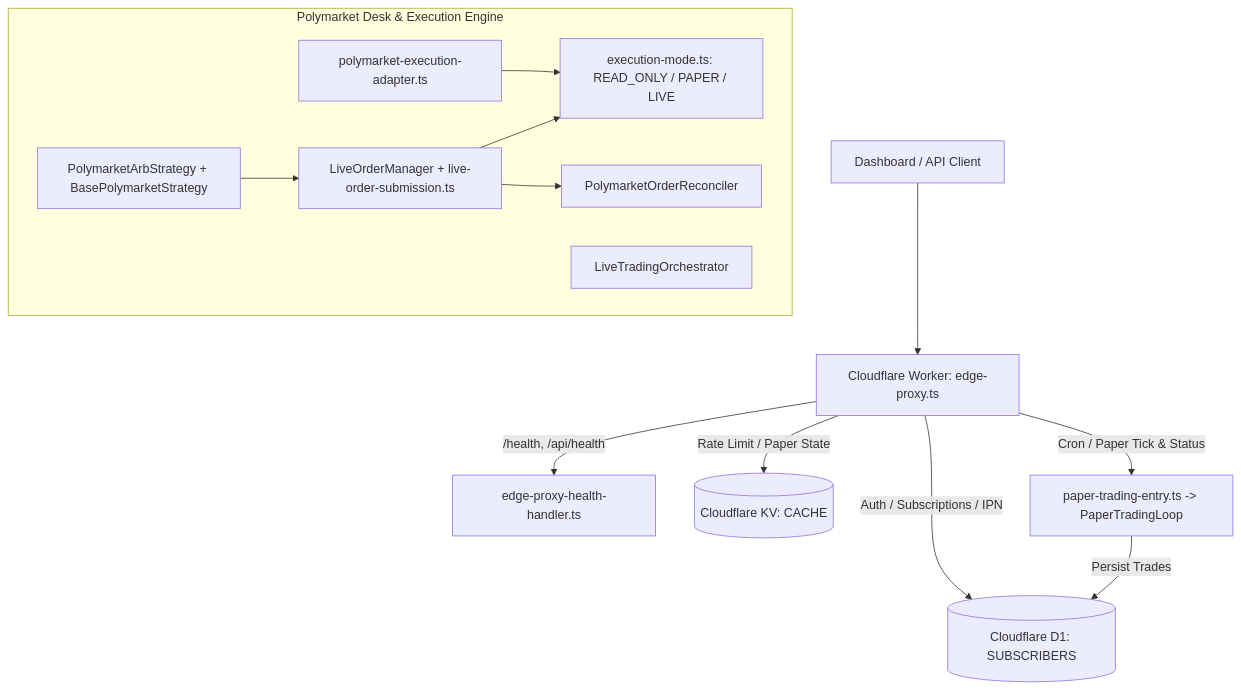
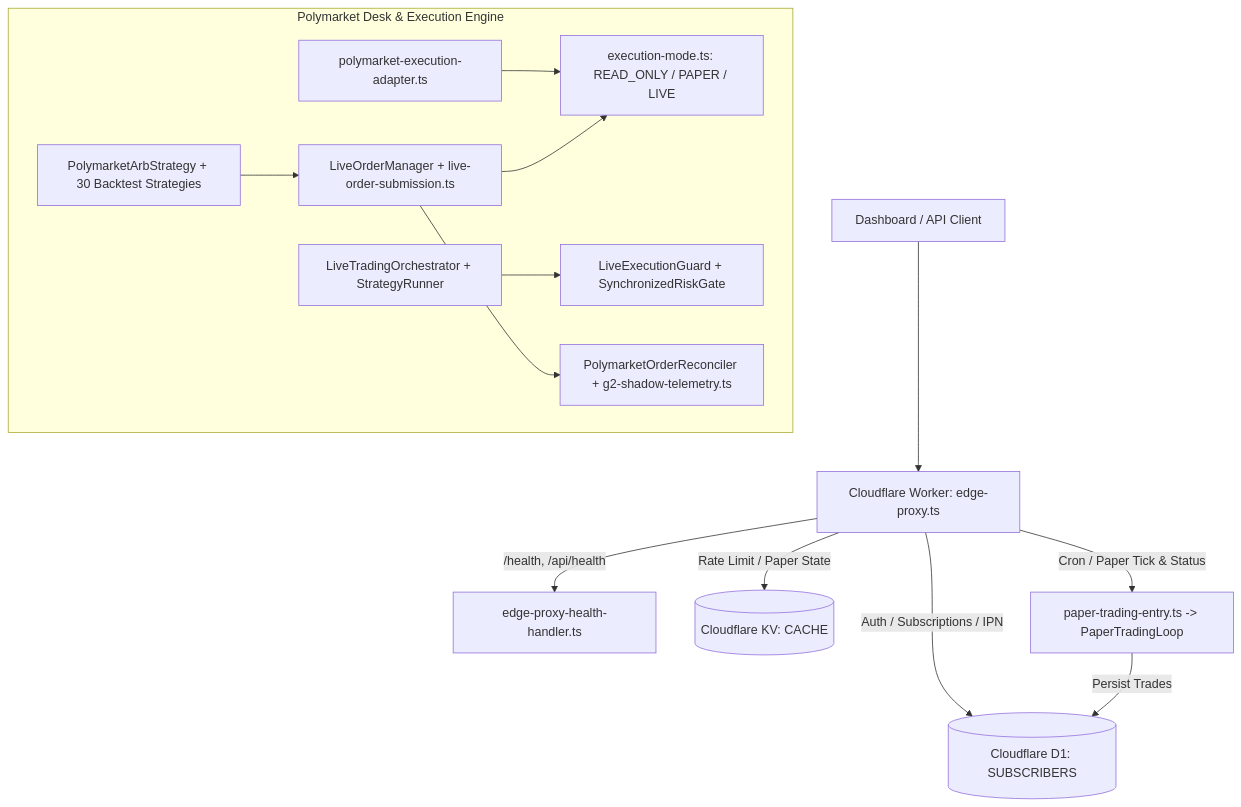
Before and after one commit to minhlongs/algo-trader: the diagram in plans/reports/audit-261101-golive-poly/01-system-map.md, drawn with Mermaid. The commit also changed other lines of this file and 25 other files, not shown here.

First line of the commit message:
feat(desk): run G2-Poly-Shadow live CLOB probe, restore 30/30 backtest round-trips, and sync audit-261101 (#238)

````diff
--- a/plans/reports/audit-261101-golive-poly/01-system-map.md
+++ b/plans/reports/audit-261101-golive-poly/01-system-map.md
@@ -5,23 +5,25 @@
 ```mermaid
 flowchart TD
   Client[Dashboard / API Client] --> Edge[Cloudflare Worker: edge-proxy.ts]
   Edge -->|/health, /api/health| Health[edge-proxy-health-handler.ts]
   Edge -->|Auth / Subscriptions / IPN| D1[(Cloudflare D1: SUBSCRIBERS)]
   Edge -->|Rate Limit / Paper State| KV[(Cloudflare KV: CACHE)]
   Edge -->|Cron / Paper Tick & Status| Paper[paper-trading-entry.ts -> PaperTradingLoop]
   Paper -->|Persist Trades| D1
 
   subgraph NodeDesk [Polymarket Desk & Execution Engine]
     ModeGate[execution-mode.ts: READ_ONLY / PAPER / LIVE]
+    ExecGuard[LiveExecutionGuard + SynchronizedRiskGate]
     Builder[polymarket-execution-adapter.ts]
-    Orch[LiveTradingOrchestrator]
+    Orch[LiveTradingOrchestrator + StrategyRunner]
     LOM[LiveOrderManager + live-order-submission.ts]
-    Reconciler[PolymarketOrderReconciler]
-    Arb[PolymarketArbStrategy + BasePolymarketStrategy]
+    Reconciler[PolymarketOrderReconciler + g2-shadow-telemetry.ts]
+    Arb[PolymarketArbStrategy + 30 Backtest Strategies]
   end
 
   Arb --> LOM
+  Orch --> ExecGuard
   Builder --> ModeGate
   LOM --> ModeGate
   LOM --> Reconciler
 ```
````
